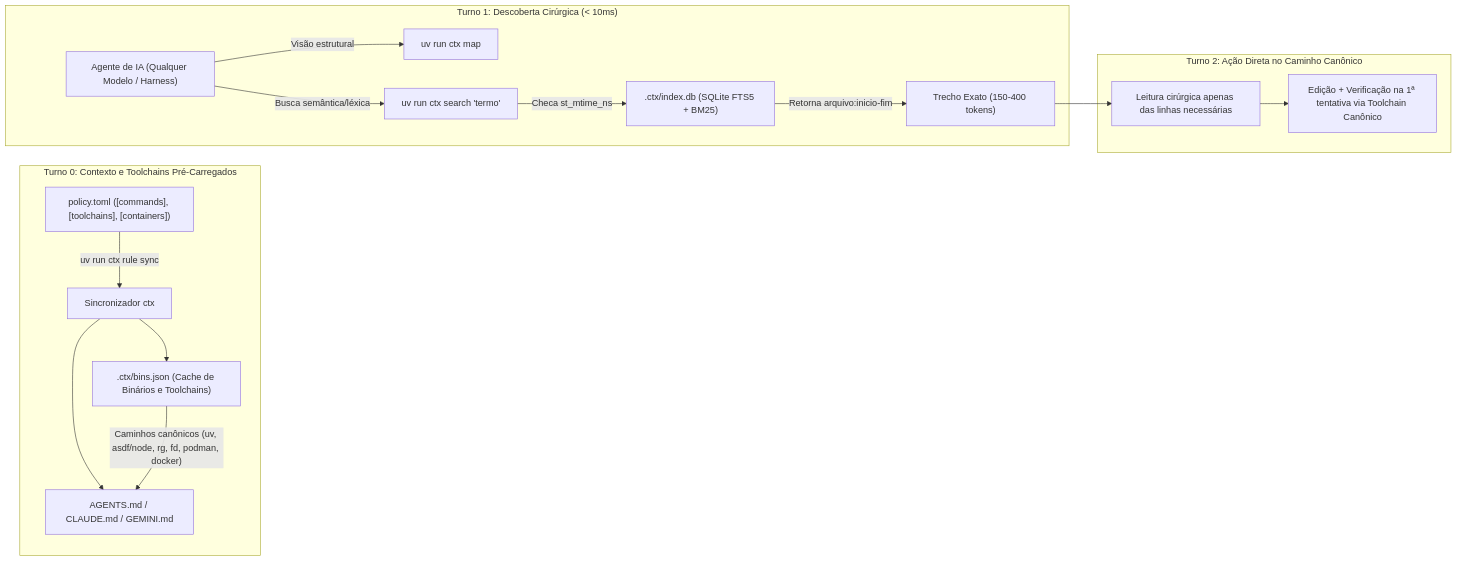
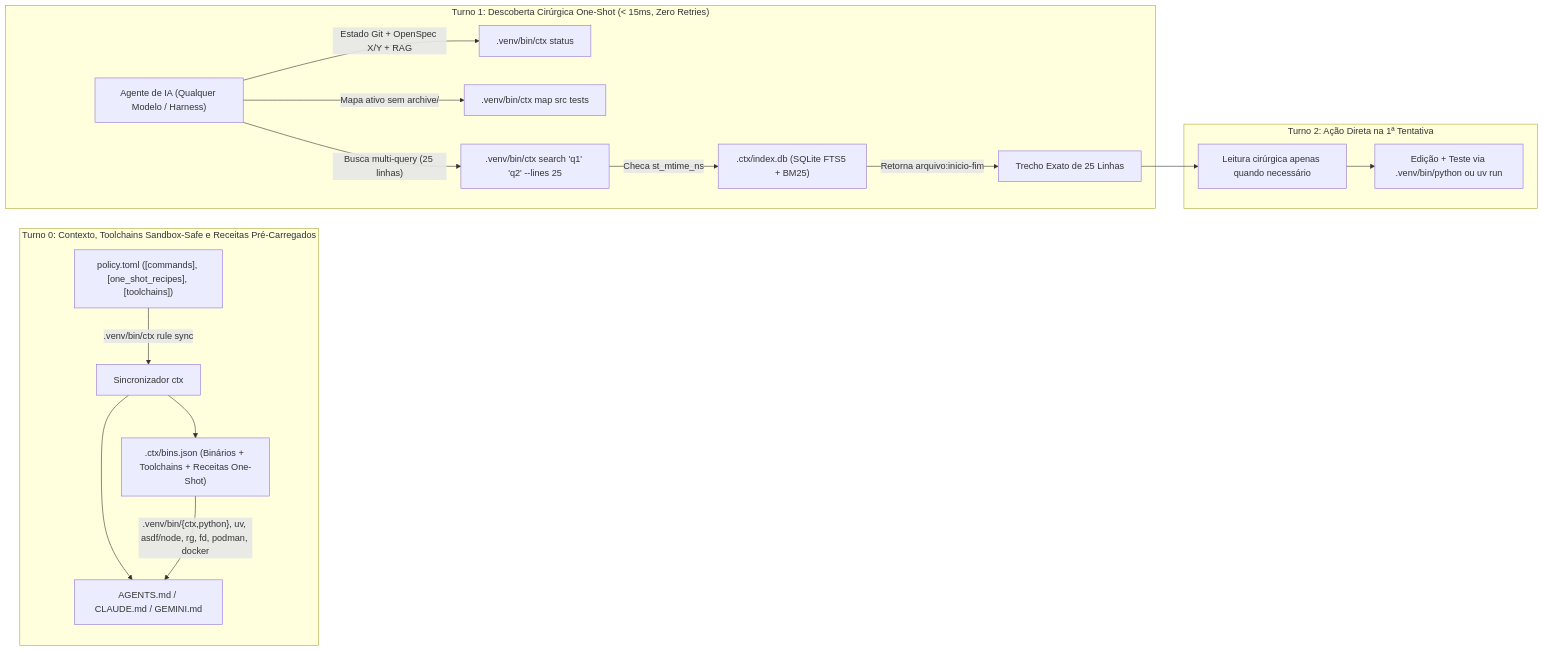
One commit to douglaspands/agent-harness-hub changed the first of 3 diagrams in guides/guia-replicacao-rag-e-seguranca.md. Above: the diagram before and after it, drawn with Mermaid. The commit also changed other lines of this file and 46 other files, not shown here.

First line of the commit message:
v0.2.0: catálogo de prompts, ctx init e guardrail multi-harness (#1)

````diff
--- a/guides/guia-replicacao-rag-e-seguranca.md
+++ b/guides/guia-replicacao-rag-e-seguranca.md
@@ -27,22 +31,23 @@
 ```mermaid
 flowchart LR
-    subgraph Turno0["Turno 0: Contexto e Toolchains Pré-Carregados"]
-        Policy["policy.toml ([commands], [toolchains], [containers])"] -->|"uv run ctx rule sync"| Sync["Sincronizador ctx"]
-        Sync --> BinsJSON[".ctx/bins.json (Cache de Binários e Toolchains)"]
+    subgraph Turno0["Turno 0: Contexto, Toolchains Sandbox-Safe e Receitas Pré-Carregados"]
+        Policy["policy.toml ([commands], [one_shot_recipes], [toolchains])"] -->|".venv/bin/ctx rule sync"| Sync["Sincronizador ctx"]
+        Sync --> BinsJSON[".ctx/bins.json (Binários + Toolchains + Receitas One-Shot)"]
         Sync --> AgentsMD["AGENTS.md / CLAUDE.md / GEMINI.md"]
-        BinsJSON -->|"Caminhos canônicos (uv, asdf/node, rg, fd, podman, docker)"| AgentsMD
+        BinsJSON -->|".venv/bin/{ctx,python}, uv, asdf/node, rg, fd, podman, docker"| AgentsMD
     end
 
-    subgraph Turno1["Turno 1: Descoberta Cirúrgica (< 10ms)"]
+    subgraph Turno1["Turno 1: Descoberta Cirúrgica One-Shot (< 15ms, Zero Retries)"]
         Agent["Agente de IA (Qualquer Modelo / Harness)"]
-        Agent -->|"Visão estrutural"| CtxMap["uv run ctx map"]
-        Agent -->|"Busca semântica/léxica"| CtxSearch["uv run ctx search 'termo'"]
+        Agent -->|"Estado Git + OpenSpec X/Y + RAG"| CtxStatus[".venv/bin/ctx status"]
+        Agent -->|"Mapa ativo sem archive/"| CtxMap[".venv/bin/ctx map src tests"]
+        Agent -->|"Busca multi-query (25 linhas)"| CtxSearch[".venv/bin/ctx search 'q1' 'q2' --lines 25"]
         CtxSearch -->|"Checa st_mtime_ns"| IndexDB[".ctx/index.db (SQLite FTS5 + BM25)"]
-        IndexDB -->|"Retorna arquivo:inicio-fim"| Snippet["Trecho Exato (150-400 tokens)"]
+        IndexDB -->|"Retorna arquivo:inicio-fim"| Snippet["Trecho Exato de 25 Linhas"]
     end
 
-    subgraph Turno2["Turno 2: Ação Direta no Caminho Canônico"]
-        Snippet --> ReadSlice["Leitura cirúrgica apenas das linhas necessárias"]
-        ReadSlice --> EditTest["Edição + Verificação na 1ª tentativa via Toolchain Canônico"]
+    subgraph Turno2["Turno 2: Ação Direta na 1ª Tentativa"]
+        Snippet --> ReadSlice["Leitura cirúrgica apenas quando necessário"]
+        ReadSlice --> EditTest["Edição + Teste via .venv/bin/python ou uv run"]
     end
 ```
````
